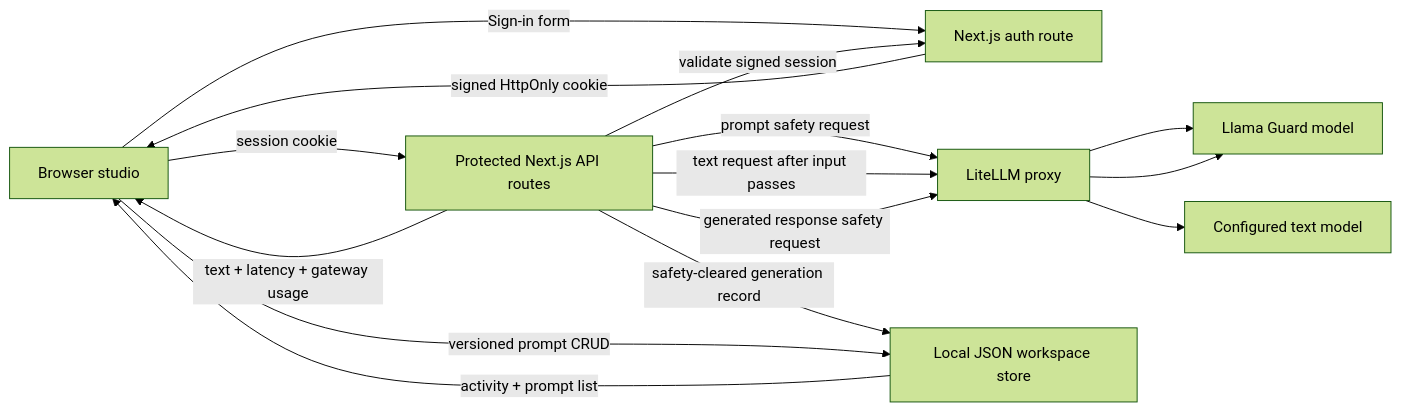
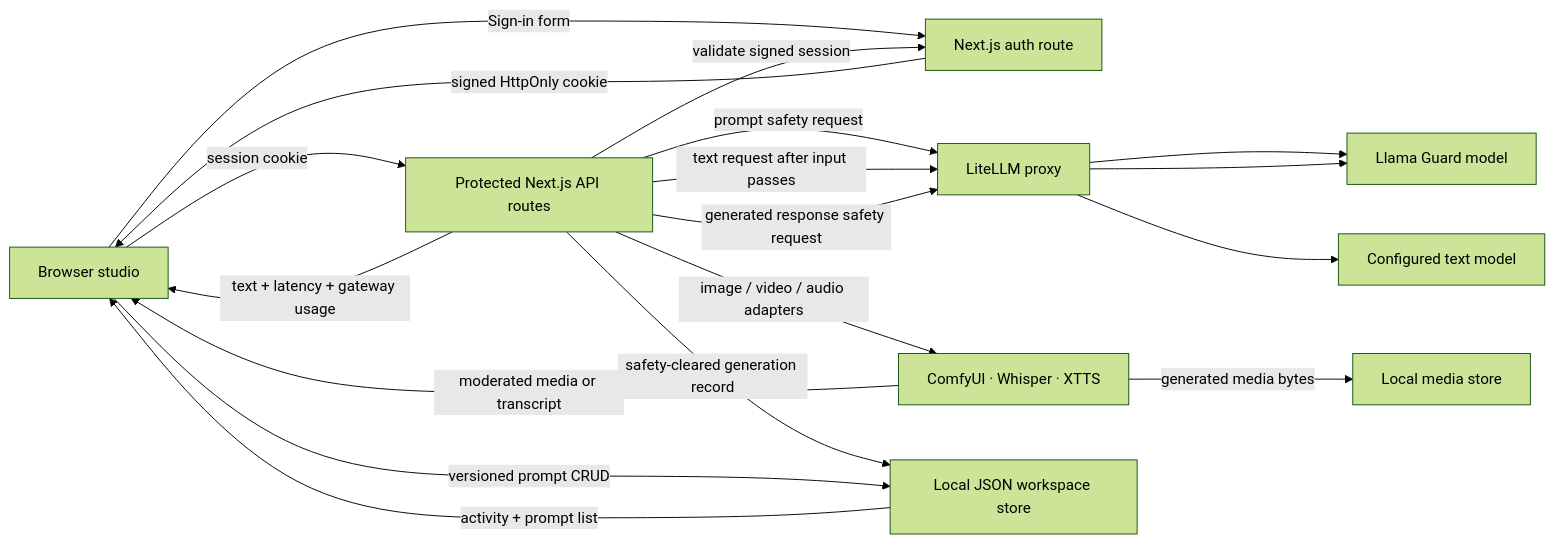
Before and after one commit to PramithPatil/Mosaic-Ai-Studio: the first of 2 diagrams in docs/architecture.md, drawn with Mermaid (forest theme). The commit also changed other lines of this file and 15 other files, not shown here.

````diff
--- a/docs/architecture.md
+++ b/docs/architecture.md
@@ -5,17 +5,20 @@
 ```mermaid
 flowchart LR
   U[Browser studio] -->|Sign-in form| AUTH[Next.js auth route]
   AUTH -->|signed HttpOnly cookie| U
   U -->|session cookie| N[Protected Next.js API routes]
   N -->|validate signed session| AUTH
   N -->|prompt safety request| L[LiteLLM proxy]
   L --> G[Llama Guard model]
   N -->|text request after input passes| L
   L --> T[Configured text model]
   N -->|generated response safety request| L
   L --> G
   N -->|text + latency + gateway usage| U
+  N -->|image / video / audio adapters| M[ComfyUI · Whisper · XTTS]
+  M -->|moderated media or transcript| U
+  M -->|generated media bytes| FILES[Local media store]
   N -->|safety-cleared generation record| STORE[Local JSON workspace store]
   U -->|versioned prompt CRUD| STORE
   STORE -->|activity + prompt list| U
 ```
````
